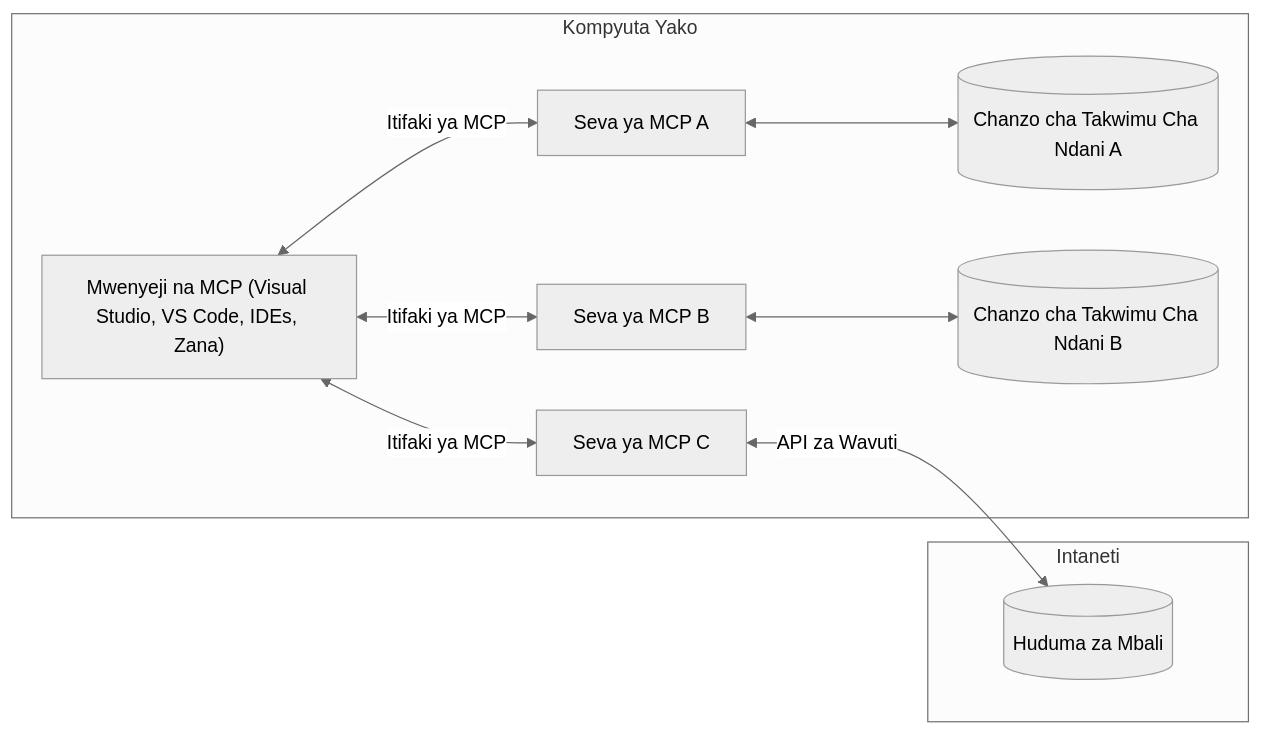
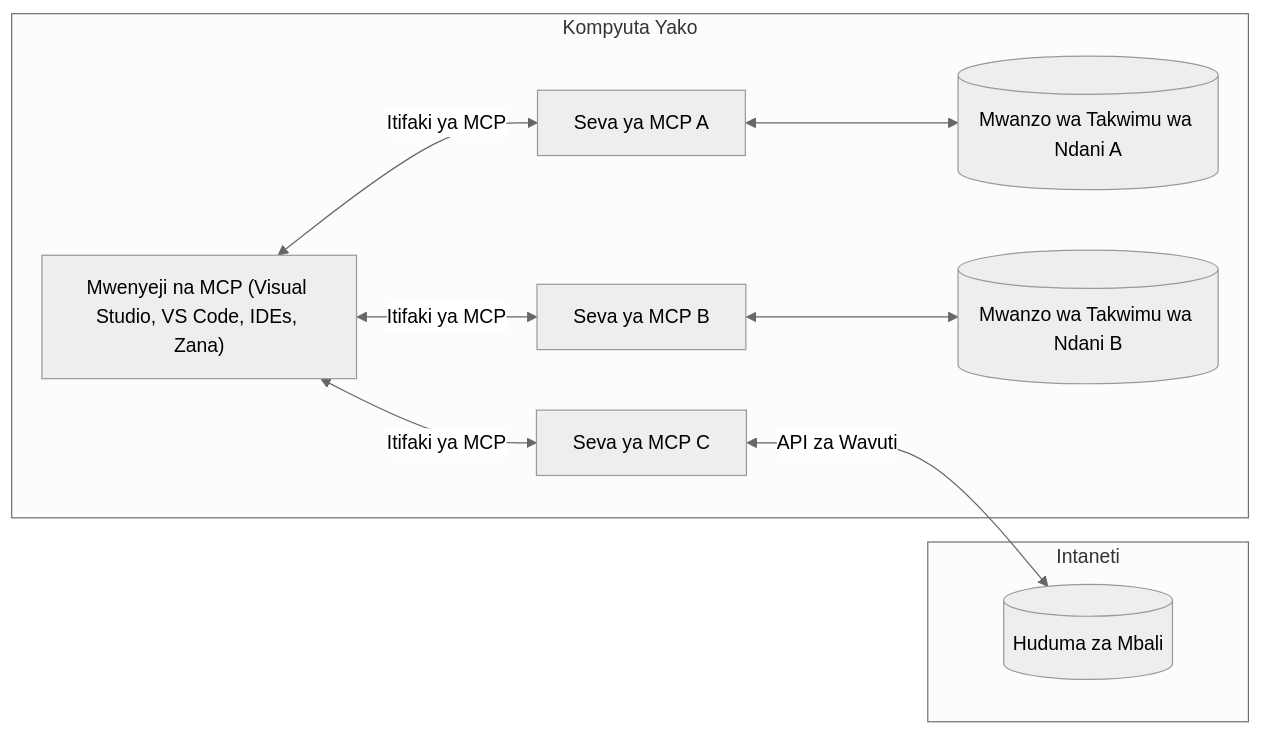
The diagram in mcp_ecosystem__model_context_protocol/mcp_learning_resources/mcp-for-beginners/translations/sw/01-CoreConcepts/README.md (HIDORAKAI002/ai-workspace-archive), drawn with Mermaid (neutral theme) before and after one commit. The commit also changed other lines of this file and 1046 other files, not shown here.

````diff
--- a/mcp_ecosystem__model_context_protocol/mcp_learning_resources/mcp-for-beginners/translations/sw/01-CoreConcepts/README.md
+++ b/mcp_ecosystem__model_context_protocol/mcp_learning_resources/mcp-for-beginners/translations/sw/01-CoreConcepts/README.md
@@ -45,17 +45,17 @@
 ```mermaid
 flowchart LR
     subgraph "Kompyuta Yako"
         Host["Mwenyeji na MCP (Visual Studio, VS Code, IDEs, Zana)"]
         S1["Seva ya MCP A"]
         S2["Seva ya MCP B"]
         S3["Seva ya MCP C"]
         Host <-->|"Itifaki ya MCP"| S1
         Host <-->|"Itifaki ya MCP"| S2
         Host <-->|"Itifaki ya MCP"| S3
-        S1 <--> D1[("Chanzo cha Takwimu Cha Ndani A")]
-        S2 <--> D2[("Chanzo cha Takwimu Cha Ndani B")]
+        S1 <--> D1[("Mwanzo wa Takwimu wa Ndani A")]
+        S2 <--> D2[("Mwanzo wa Takwimu wa Ndani B")]
     end
     subgraph "Intaneti"
         S3 <-->|"API za Wavuti"| D3[("Huduma za Mbali")]
     end
 ```
````
